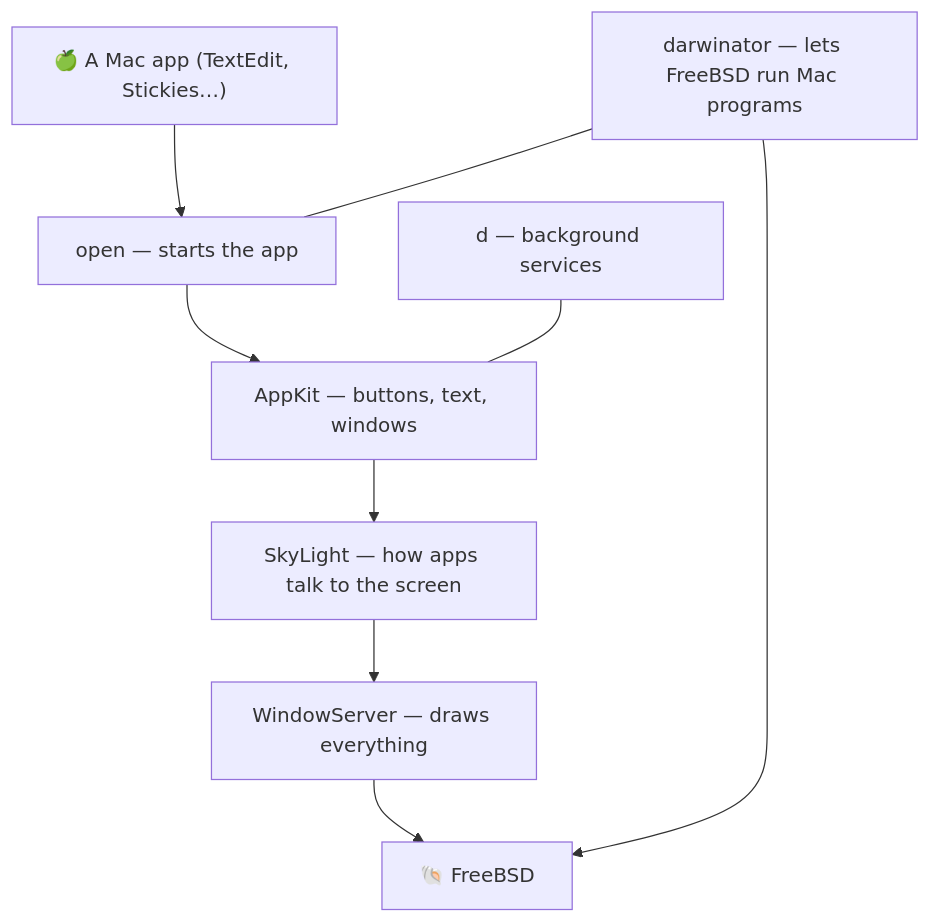
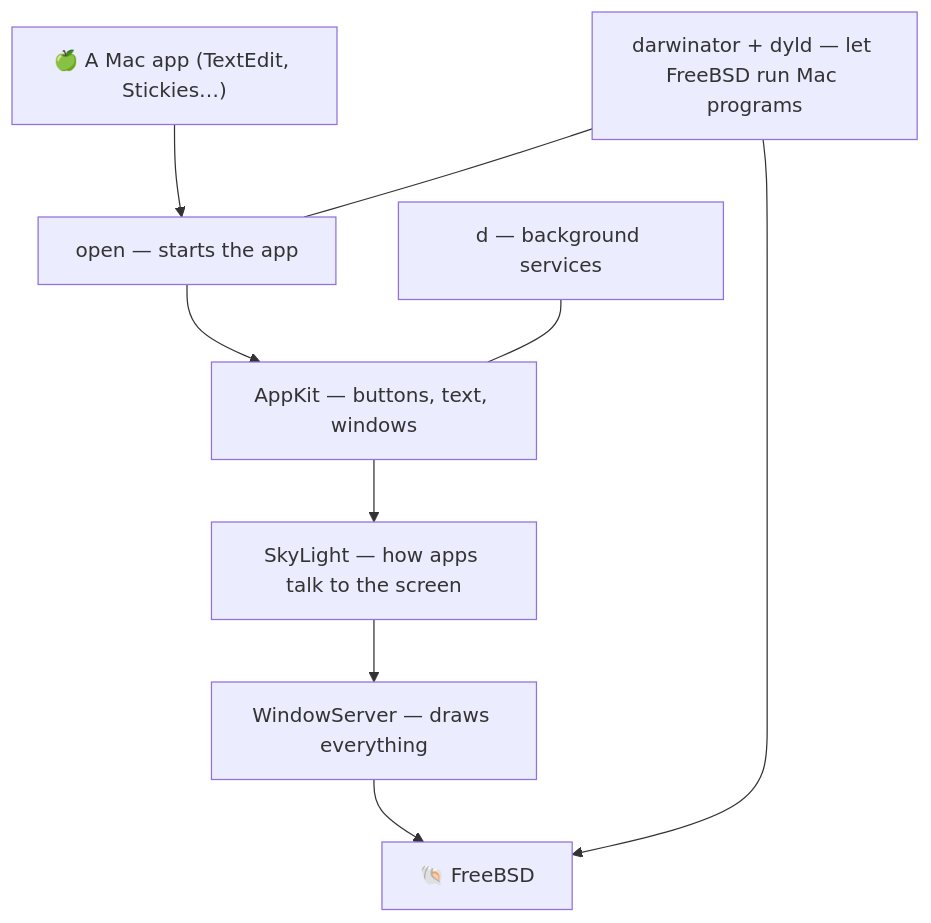
Before and after one commit to pearOS-bsd/.github: the diagram in profile/README.md, drawn with Mermaid. The commit also changed other lines of this file, not shown here.

````diff
--- a/profile/README.md
+++ b/profile/README.md
@@ -37,11 +37,11 @@
 ```mermaid
 flowchart TB
     A["🍏 A Mac app (TextEdit, Stickies…)"] --> O["open — starts the app"]
     O --> K["AppKit — buttons, text, windows"]
     K --> S["SkyLight — how apps talk to the screen"]
     S --> W["WindowServer — draws everything"]
     D["d — background services"] --- K
-    X["darwinator — lets FreeBSD run Mac programs"] --- O
+    X["darwinator + dyld — let FreeBSD run Mac programs"] --- O
     W --> F["🐚 FreeBSD"]
     X --> F
 ```
````
